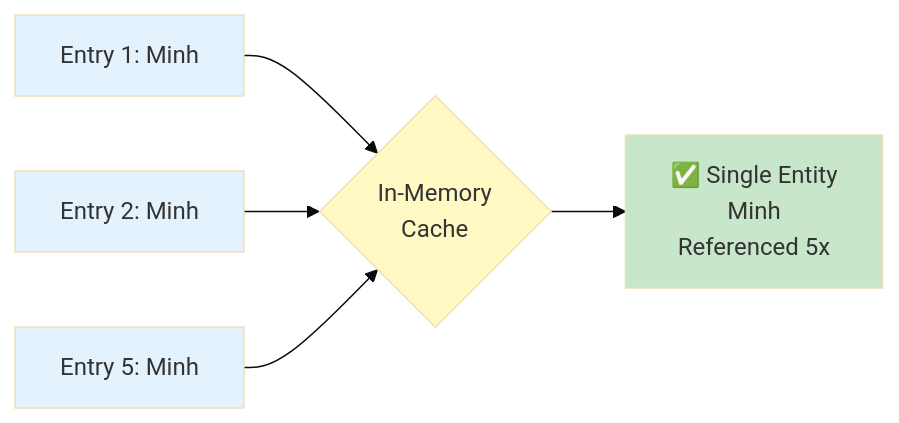
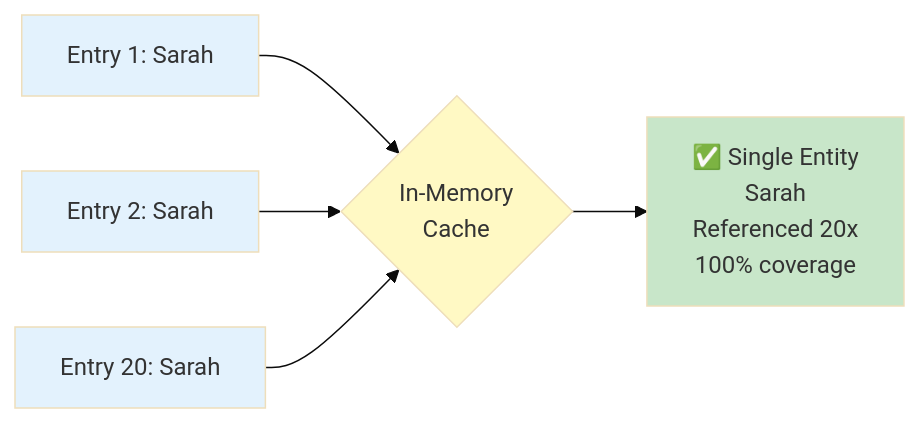
One commit to phuc-nt/kioku-ios changed the fourth of 14 diagrams in docs/99_lesson/PRESENTATION_SLIDES.md. Above: the diagram before and after it, drawn with Mermaid (base theme). The commit also changed other lines of this file, not shown here.

First line of the commit message:
docs: update presentation diagrams with real demo data

````diff
--- a/docs/99_lesson/PRESENTATION_SLIDES.md
+++ b/docs/99_lesson/PRESENTATION_SLIDES.md
@@ -193,13 +193,13 @@
 ```mermaid
 graph LR
-    E1[Entry 1: Minh] --> Cache{In-Memory<br/>Cache}
-    E2[Entry 2: Minh] --> Cache
-    E3[Entry 5: Minh] --> Cache
-    Cache --> Result[✅ Single Entity<br/>Minh<br/>Referenced 5x]
+    E1[Entry 1: Sarah] --> Cache{In-Memory<br/>Cache}
+    E2[Entry 2: Sarah] --> Cache
+    E3[Entry 20: Sarah] --> Cache
+    Cache --> Result[✅ Single Entity<br/>Sarah<br/>Referenced 20x<br/>100% coverage]
 
     style E1 fill:#e3f2fd
     style E2 fill:#e3f2fd
     style E3 fill:#e3f2fd
     style Cache fill:#fff9c4
     style Result fill:#c8e6c9
 ```
````
